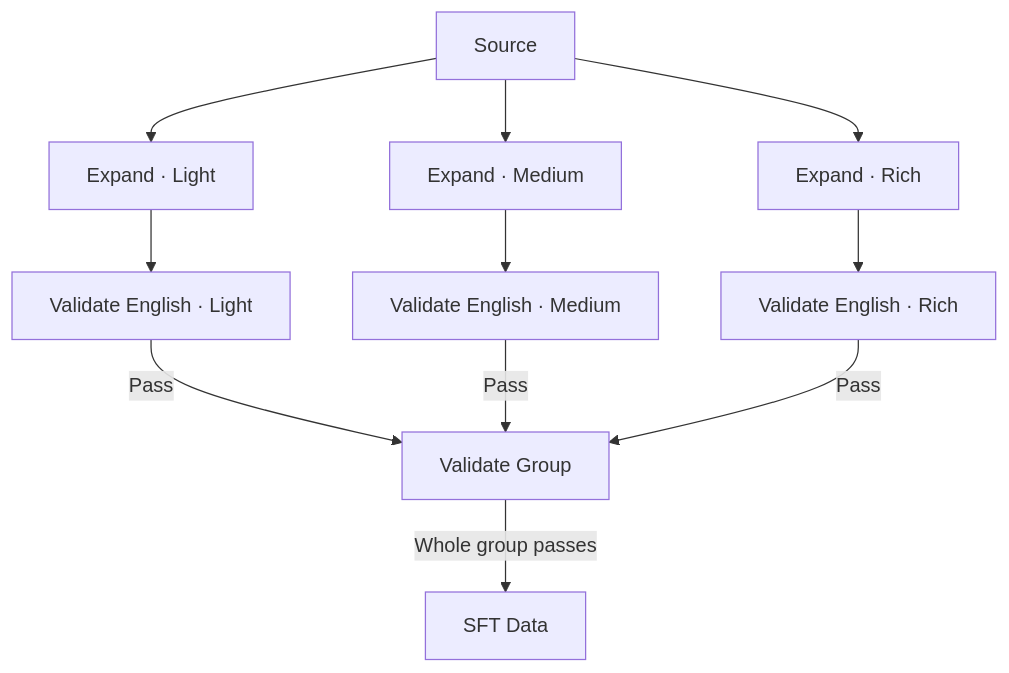
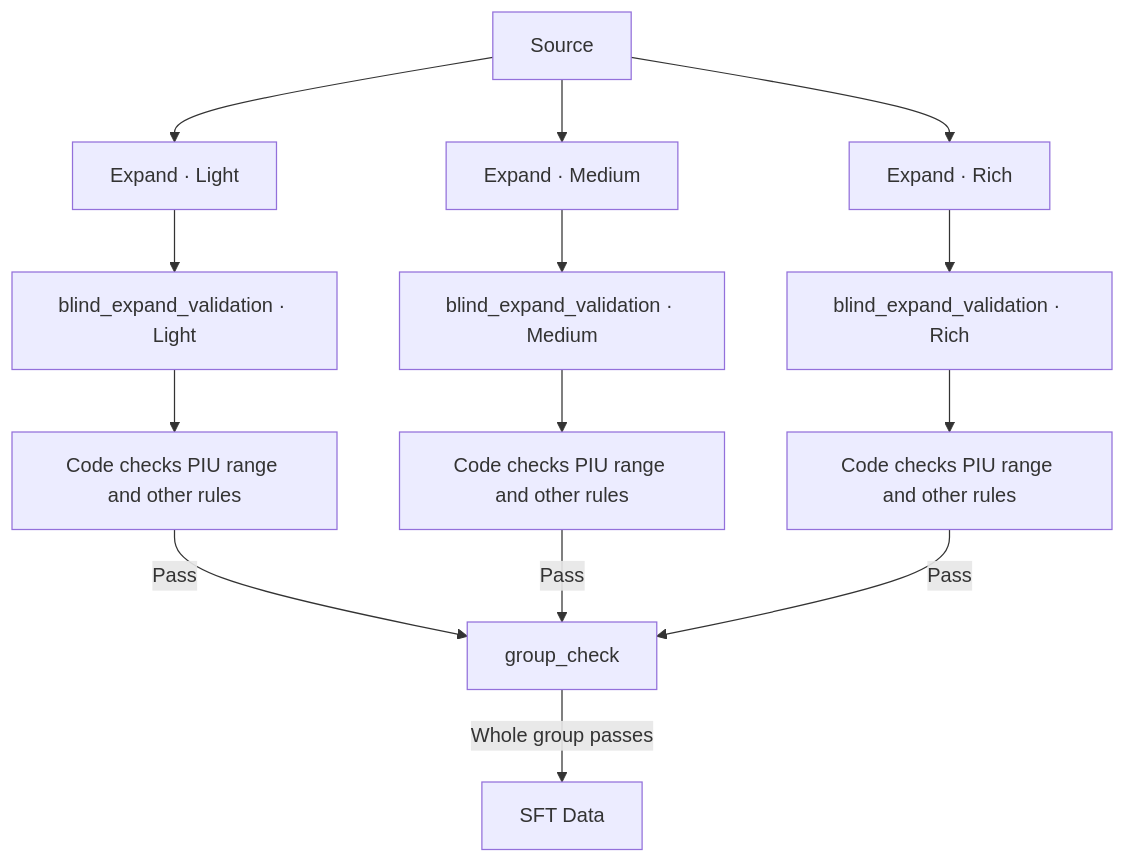
One commit to ChenYizhu97/PairData changed the second of 2 diagrams in README.en.md. Above: the diagram before and after it, drawn with Mermaid. The commit also changed other lines of this file and 26 other files, not shown here.

Commit message:
Refactor expansion with blind validation and fixed PIU targets

````diff
--- a/README.en.md
+++ b/README.en.md
@@ -44,13 +44,16 @@
 ```mermaid
 flowchart TD
     S[Source] --> L[Expand · Light]
     S --> M[Expand · Medium]
     S --> R[Expand · Rich]
-    L --> LV[Validate English · Light]
-    M --> MV[Validate English · Medium]
-    R --> RV[Validate English · Rich]
-    LV -->|Pass| G[Validate Group]
-    MV -->|Pass| G
-    RV -->|Pass| G
+    L --> LV[blind_expand_validation · Light]
+    M --> MV[blind_expand_validation · Medium]
+    R --> RV[blind_expand_validation · Rich]
+    LV --> LC[Code checks PIU range and other rules]
+    MV --> MC[Code checks PIU range and other rules]
+    RV --> RC[Code checks PIU range and other rules]
+    LC -->|Pass| G[group_check]
+    MC -->|Pass| G
+    RC -->|Pass| G
     G -->|Whole group passes| D[SFT Data]
 ```
````
